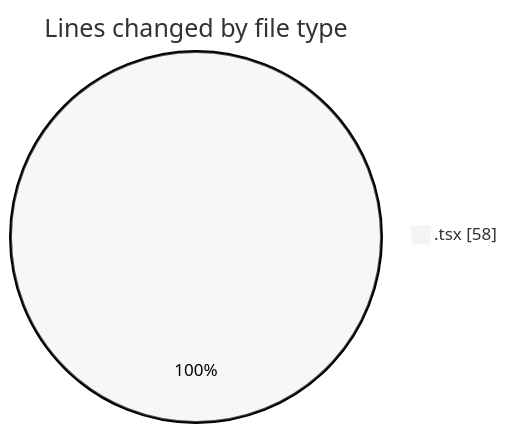
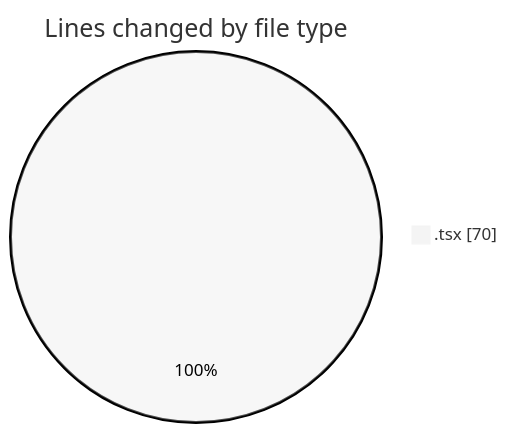
Before and after one commit to momahboobian/code-tracking: the first of 2 diagrams in 2025-04-02/cda/README.md, drawn with Mermaid (neutral theme). The commit also changed other lines of this file and 1 other file, not shown here.

````diff
--- a/2025-04-02/cda/README.md
+++ b/2025-04-02/cda/README.md
@@ -20,5 +20,5 @@
 ```mermaid
 pie showData
 title Lines changed by file type
-".tsx" : 58
+".tsx" : 70
 ```
````
